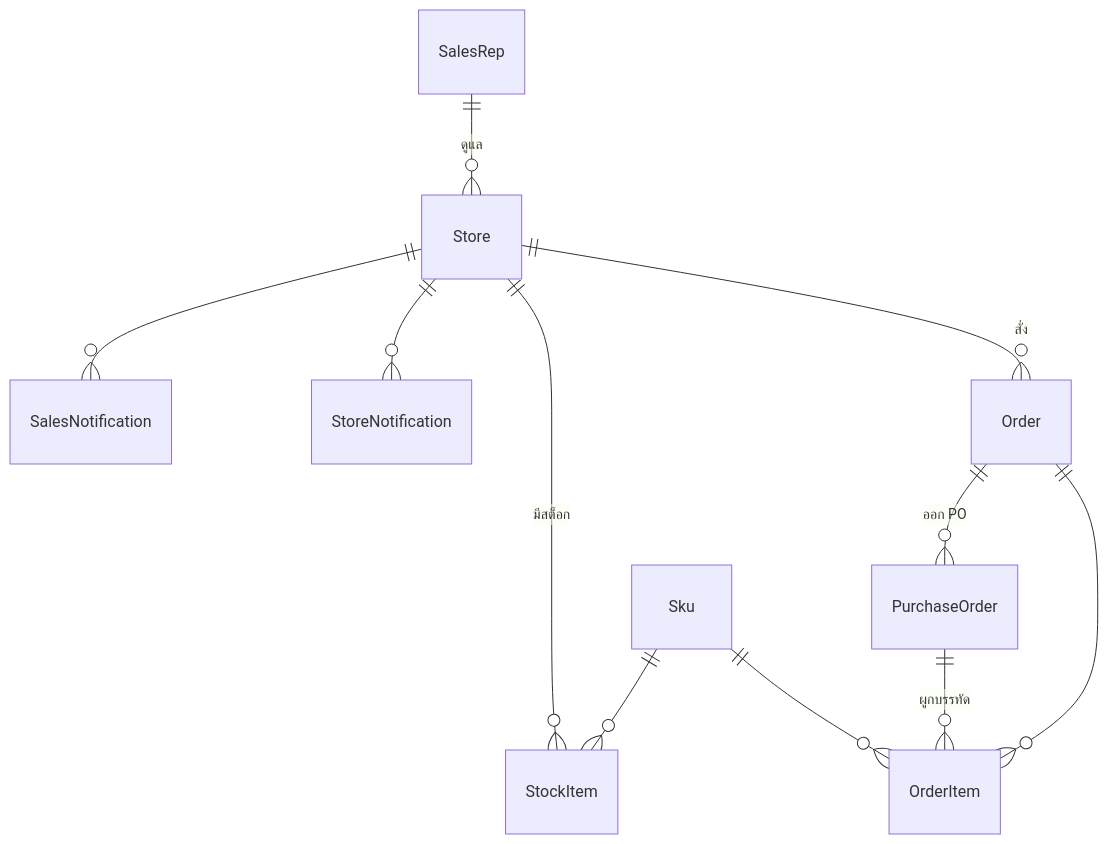
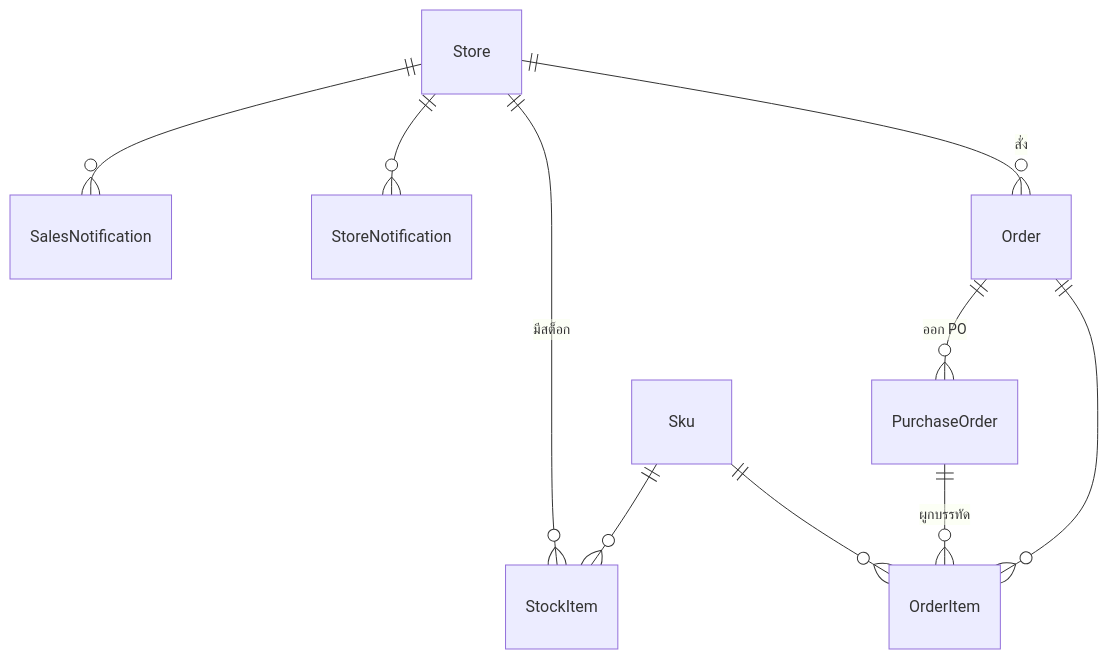
One commit to jintanabp/VMI changed the diagram in docs/wiki/07-data-model.md. Above: the diagram before and after it, drawn with Mermaid. The commit also changed other lines of this file and 56 other files, not shown here.

````diff
--- a/docs/wiki/07-data-model.md
+++ b/docs/wiki/07-data-model.md
@@ -10,13 +10,12 @@
 ```mermaid
 erDiagram
-    SalesRep ||--o{ Store : "ดูแล"
     Store ||--o{ Order : "สั่ง"
     Store ||--o{ StockItem : "มีสต็อก"
     Store ||--o{ StoreNotification : ""
     Store ||--o{ SalesNotification : ""
     Order ||--o{ OrderItem : ""
     Order ||--o{ PurchaseOrder : "ออก PO"
     PurchaseOrder ||--o{ OrderItem : "ผูกบรรทัด"
     Sku ||--o{ OrderItem : ""
     Sku ||--o{ StockItem : ""
 ```
````
